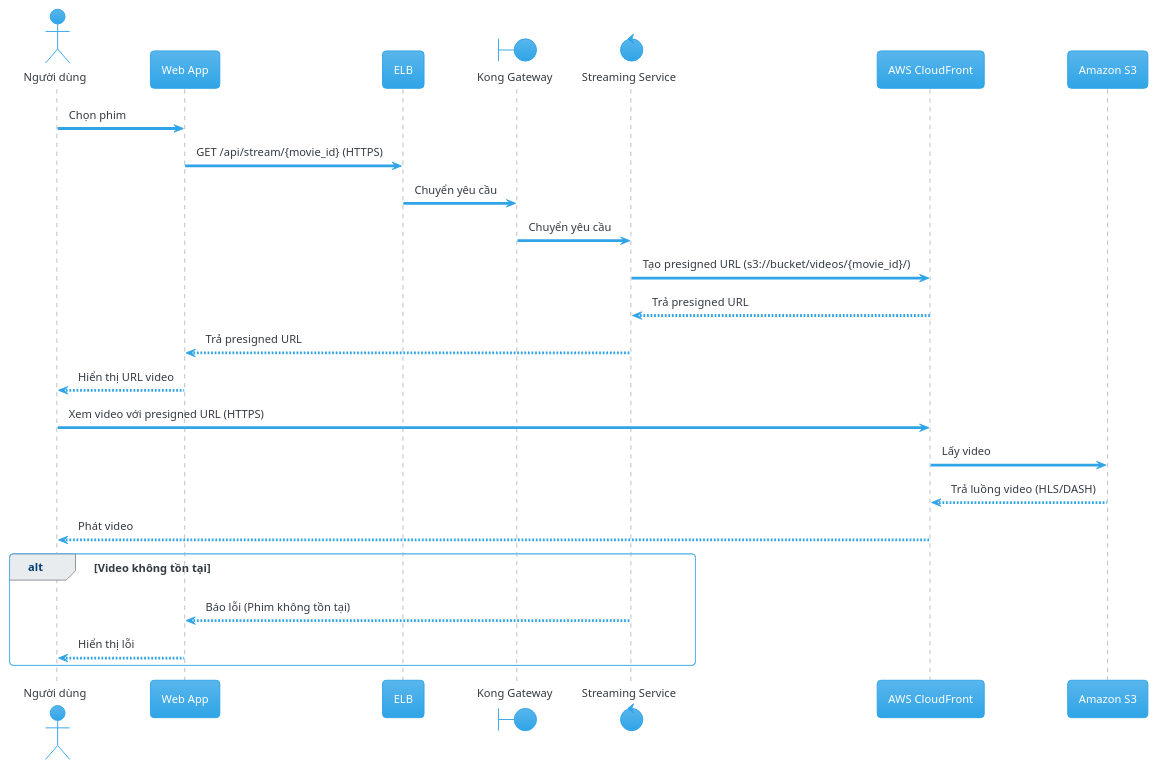
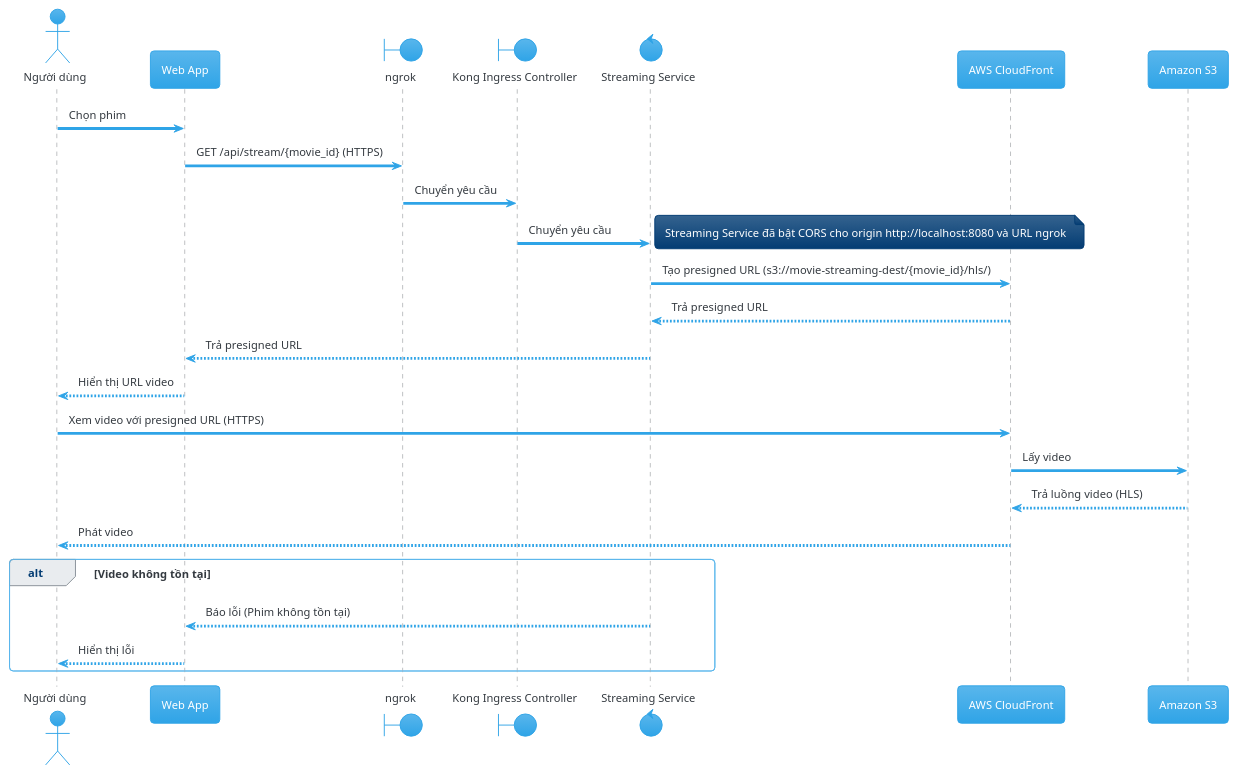
The diagram in sq_watchmovie.plantuml (yacucdeptrai/movie-streaming-app), drawn with PlantUML before and after one commit. The commit also changed 9 other files, not shown here.

```diff
--- a/sq_watchmovie.plantuml
+++ b/sq_watchmovie.plantuml
@@ -1,30 +1,31 @@
 @startuml
 !theme cerulean
 
 actor "Người dùng" as User
 participant "Web App" as FE
-participant "ELB" as ELB
-boundary "Kong Gateway" as KG
+boundary "ngrok" as ngrok
+boundary "Kong Ingress Controller" as KG
 control "Streaming Service" as SS
 participant "AWS CloudFront" as CF
 participant "Amazon S3" as S3
 
 User -> FE: Chọn phim
-FE -> ELB: GET /api/stream/{movie_id} (HTTPS)
-ELB -> KG: Chuyển yêu cầu
+FE -> ngrok: GET /api/stream/{movie_id} (HTTPS)
+ngrok -> KG: Chuyển yêu cầu
 KG -> SS: Chuyển yêu cầu
-SS -> CF: Tạo presigned URL (s3://bucket/videos/{movie_id}/)
+note right: Streaming Service đã bật CORS cho origin http://localhost:8080 và URL ngrok
+SS -> CF: Tạo presigned URL (s3://movie-streaming-dest/{movie_id}/hls/)
 CF --> SS: Trả presigned URL
 SS --> FE: Trả presigned URL
 FE --> User: Hiển thị URL video
 User -> CF: Xem video với presigned URL (HTTPS)
 CF -> S3: Lấy video
-S3 --> CF: Trả luồng video (HLS/DASH)
+S3 --> CF: Trả luồng video (HLS)
 CF --> User: Phát video
 
 alt Video không tồn tại
     SS --> FE: Báo lỗi (Phim không tồn tại)
     FE --> User: Hiển thị lỗi
 end alt
 
 @enduml
```
